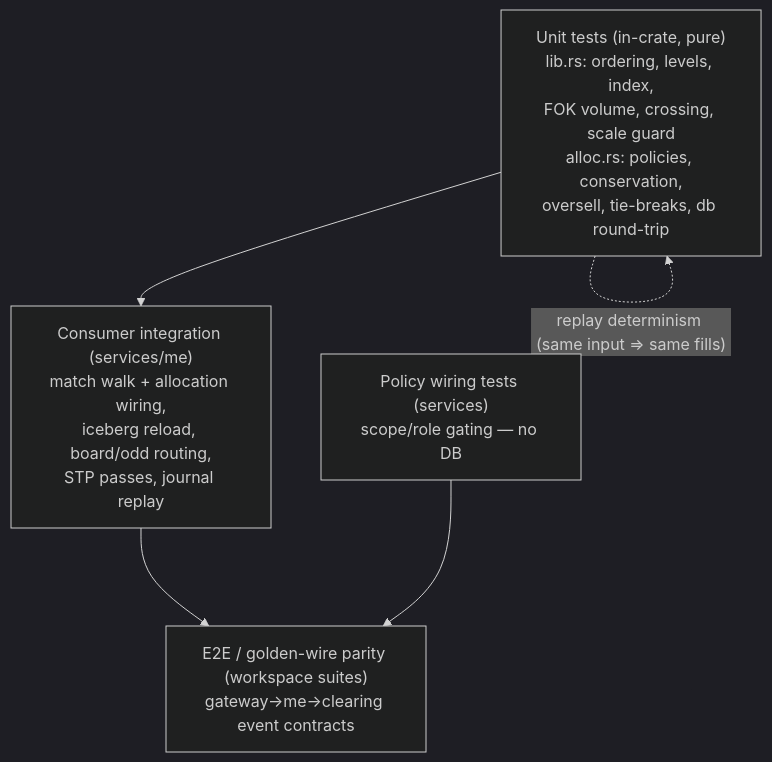
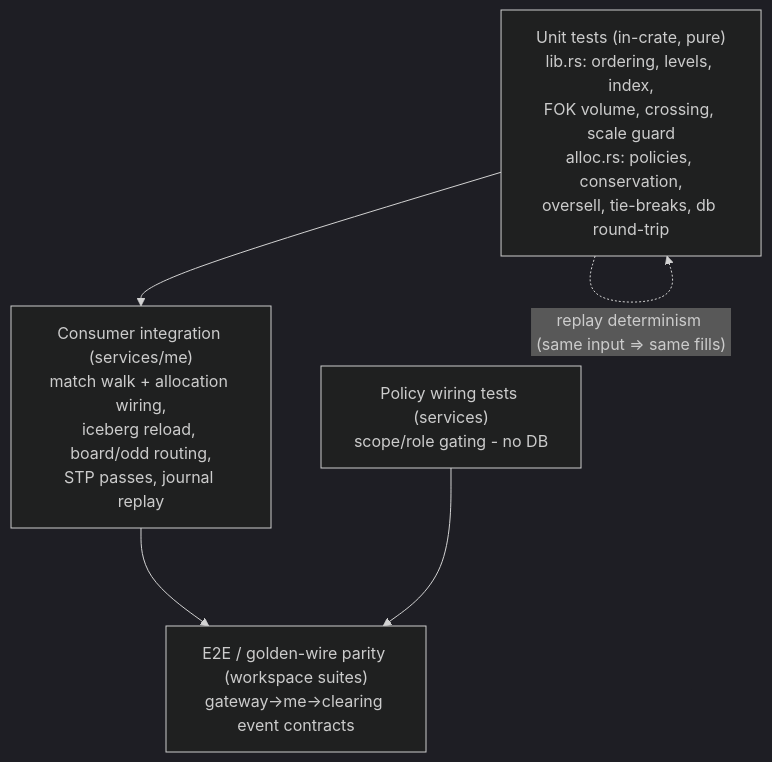
Before and after one commit to Exchange8-dev/exchange8-sdk: the seventh of 7 diagrams in crates/book/DESIGN.md, drawn with Mermaid (dark theme). The commit also changed other lines of this file and 60 other files, not shown here.

````diff
--- a/crates/book/DESIGN.md
+++ b/crates/book/DESIGN.md
@@ -509,11 +509,11 @@
 ```mermaid
 graph TD
     U["Unit tests (in-crate, pure)<br/>lib.rs: ordering, levels, index,<br/>FOK volume, crossing, scale guard<br/>alloc.rs: policies, conservation,<br/>oversell, tie-breaks, db round-trip"]
     I["Consumer integration (services/me)<br/>match walk + allocation wiring,<br/>iceberg reload, board/odd routing,<br/>STP passes, journal replay"]
-    P["Policy wiring tests (services)<br/>scope/role gating — no DB"]
+    P["Policy wiring tests (services)<br/>scope/role gating - no DB"]
     E["E2E / golden-wire parity (workspace suites)<br/>gateway→me→clearing event contracts"]
     U --> I
     I --> E
     P --> E
     U -.->|"replay determinism (same input ⇒ same fills)"| U
 ```
````
